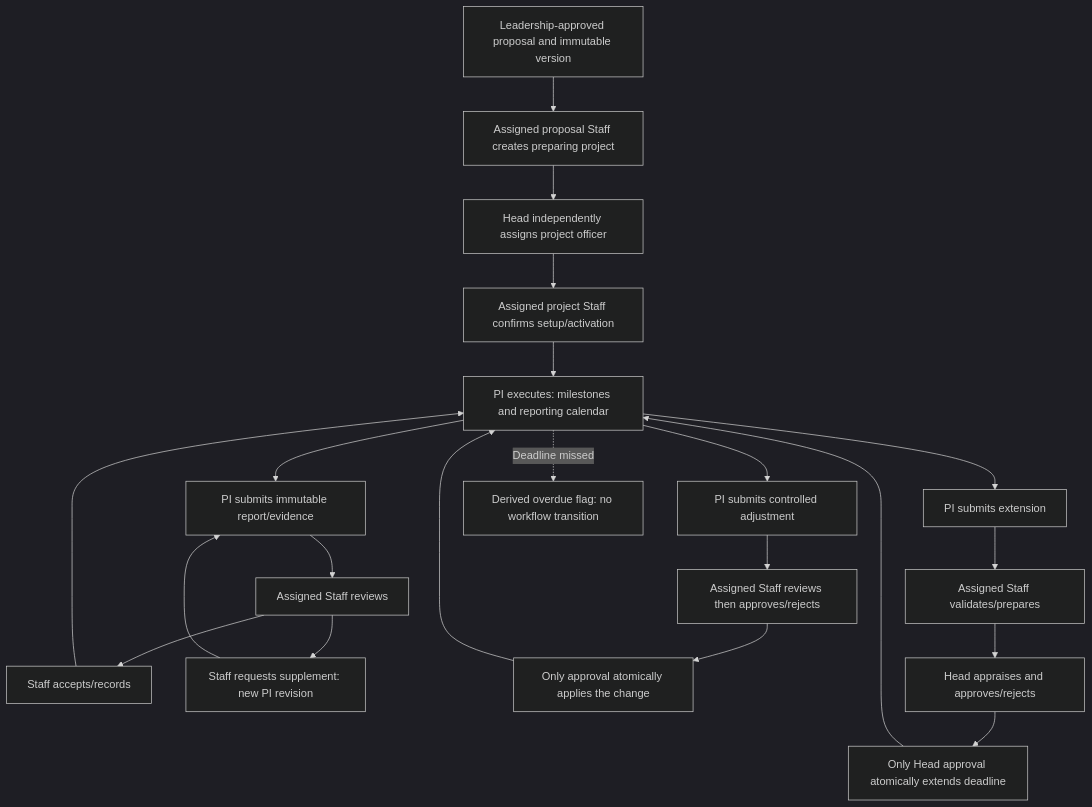
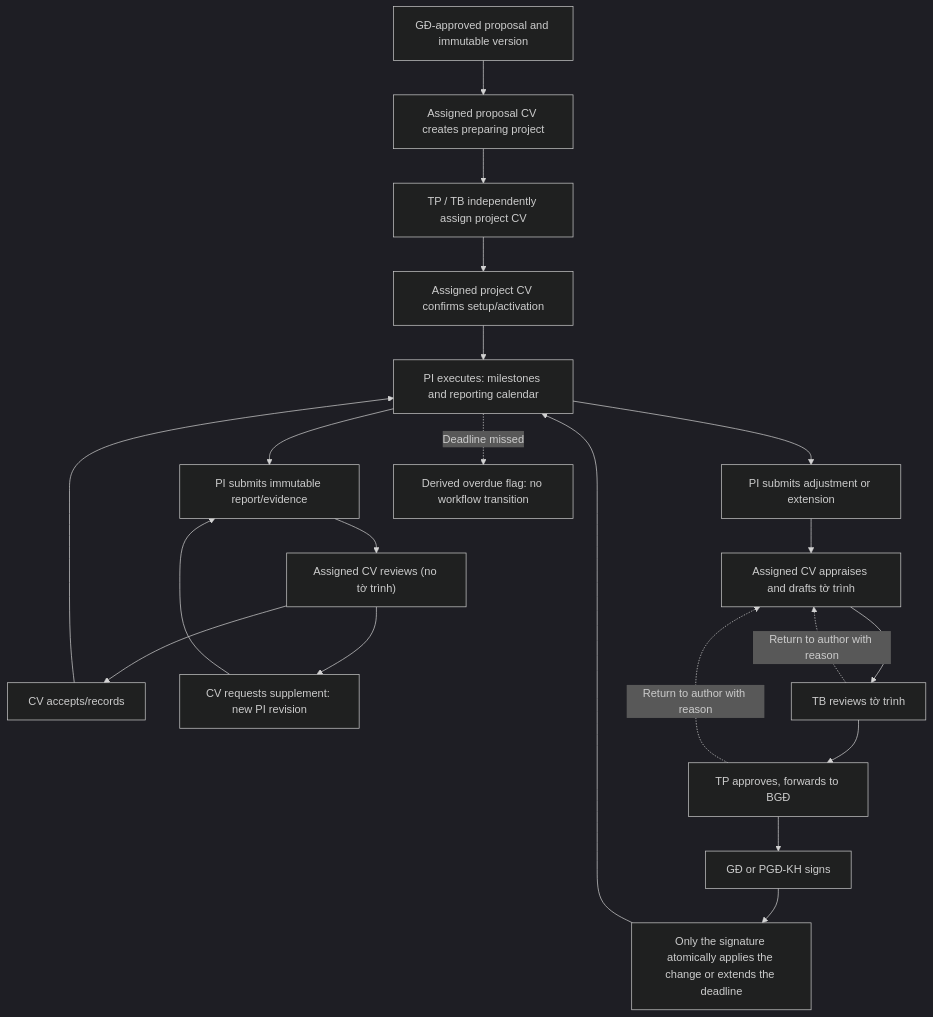
Before and after one commit to thanhdotien278/DocManS: the fourth of 10 diagrams in docs/user-flows.md, drawn with Mermaid (dark theme). The commit also changed other lines of this file and 14 other files, not shown here.

````diff
--- a/docs/user-flows.md
+++ b/docs/user-flows.md
@@ -166,19 +185,20 @@
 ```mermaid
 flowchart TD
-  approved["Leadership-approved proposal and immutable version"] --> create["Assigned proposal Staff creates preparing project"]
-  create --> assign["Head independently assigns project officer"]
-  assign --> activate["Assigned project Staff confirms setup/activation"]
+  approved["GĐ-approved proposal and immutable version"] --> create["Assigned proposal CV creates preparing project"]
+  create --> assign["TP / TB independently assign project CV"]
+  assign --> activate["Assigned project CV confirms setup/activation"]
   activate --> execute["PI executes: milestones and reporting calendar"]
   execute --> report["PI submits immutable report/evidence"]
-  report --> review["Assigned Staff reviews"]
-  review --> accepted["Staff accepts/records"] --> execute
-  review --> supplement["Staff requests supplement: new PI revision"] --> report
-  execute --> adjustment["PI submits controlled adjustment"]
-  adjustment --> staffDecision["Assigned Staff reviews then approves/rejects"]
-  staffDecision --> apply["Only approval atomically applies the change"] --> execute
-  execute --> extension["PI submits extension"]
-  extension --> prepare["Assigned Staff validates/prepares"]
-  prepare --> headDecision["Head appraises and approves/rejects"]
-  headDecision --> extend["Only Head approval atomically extends deadline"] --> execute
+  report --> review["Assigned CV reviews (no tờ trình)"]
+  review --> accepted["CV accepts/records"] --> execute
+  review --> supplement["CV requests supplement: new PI revision"] --> report
+  execute --> request["PI submits adjustment or extension"]
+  request --> appraise["Assigned CV appraises and drafts tờ trình"]
+  appraise --> tb["TB reviews tờ trình"]
+  tb --> tp["TP approves, forwards to BGĐ"]
+  tb -. "Return to author with reason" .-> appraise
+  tp -. "Return to author with reason" .-> appraise
+  tp --> sign["GĐ or PGĐ-KH signs"]
+  sign --> apply["Only the signature atomically applies the change or extends the deadline"] --> execute
   execute -. "Deadline missed" .-> overdue["Derived overdue flag: no workflow transition"]
 ```
````
